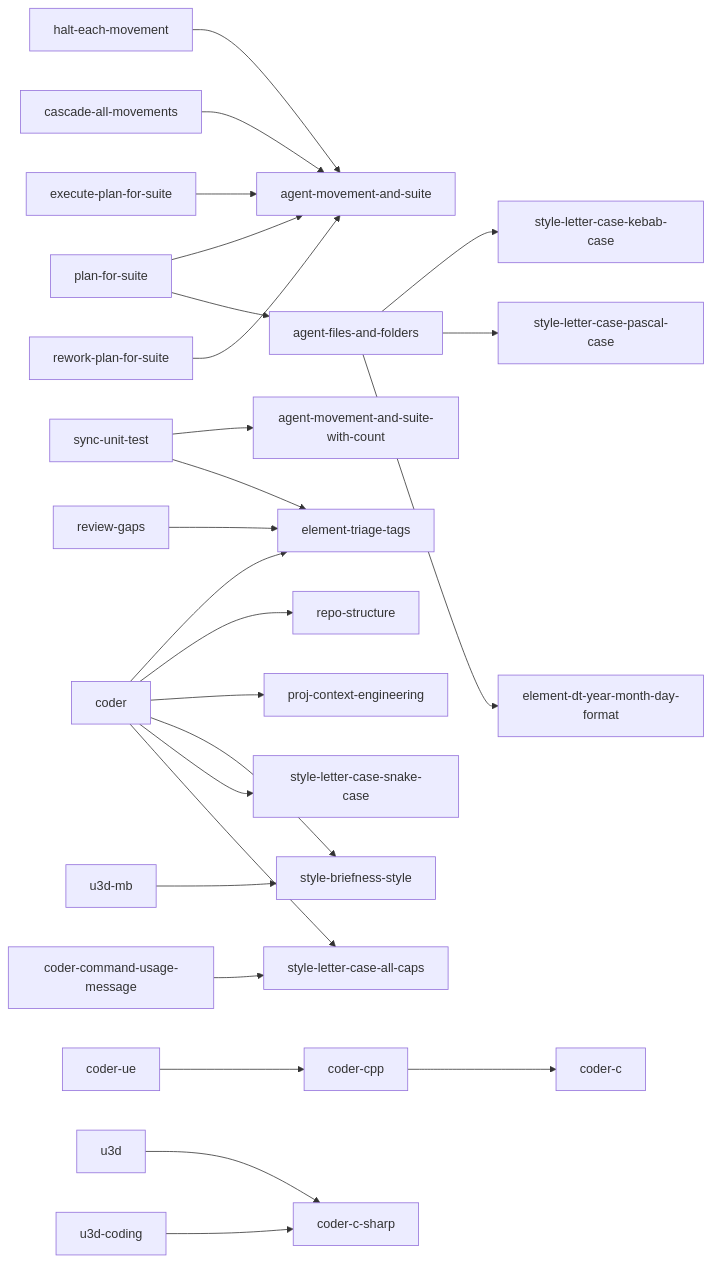
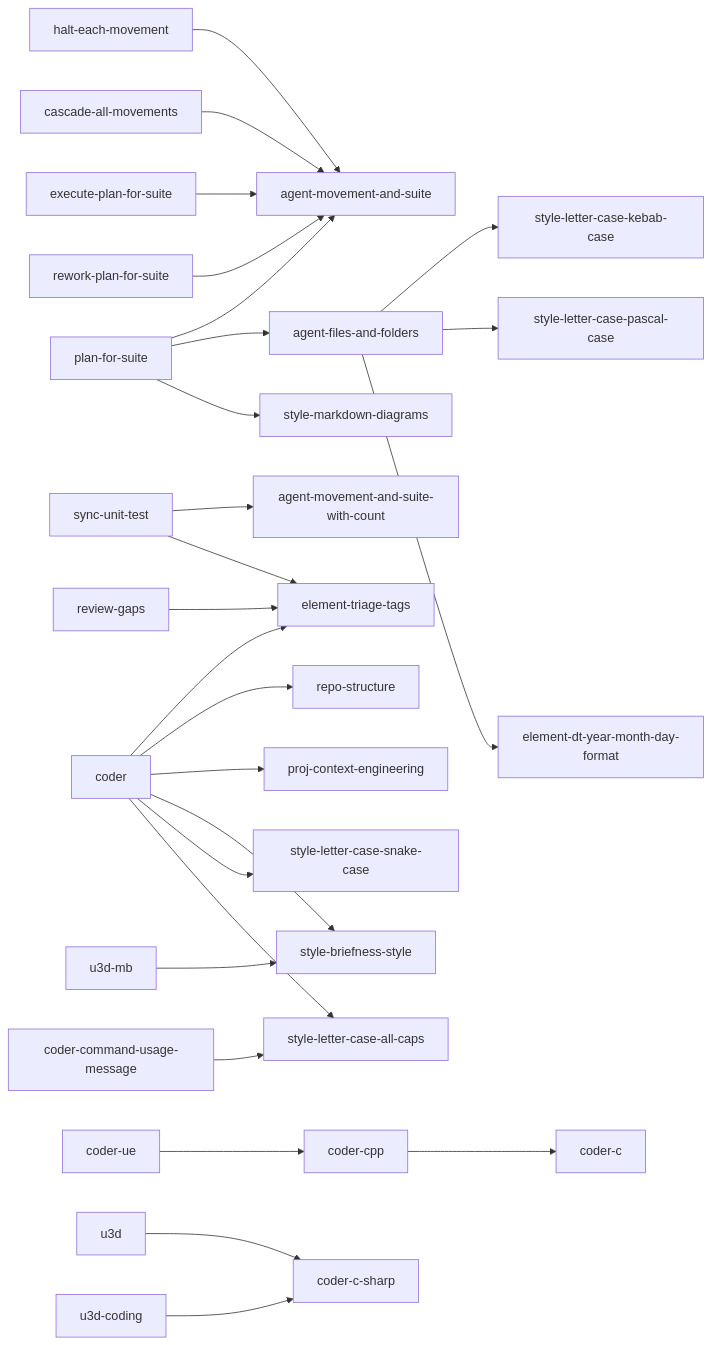
The first of 10 diagrams in docs/blueprint-doc.md (kami-lel/kaye-library), drawn with Mermaid before and after one commit. The commit also changed 5 other files, not shown here.

First line of the commit message:
plan Voices in Bar 3: Decisions block, Order graph, optional branch mvmts

````diff
--- a/docs/blueprint-doc.md
+++ b/docs/blueprint-doc.md
@@ -11,27 +11,28 @@
 ```mermaid
 flowchart LR
     halt_each_movement["halt-each-movement"] --> agent_movement_and_suite["agent-movement-and-suite"]
     cascade_all_movements["cascade-all-movements"] --> agent_movement_and_suite
     plan_for_suite["plan-for-suite"] --> agent_movement_and_suite
     execute_plan_for_suite["execute-plan-for-suite"] --> agent_movement_and_suite
     rework_plan_for_suite["rework-plan-for-suite"] --> agent_movement_and_suite
     sync_unit_test["sync-unit-test"] --> agent_movement_and_suite_with_count["agent-movement-and-suite-with-count"]
     plan_for_suite --> agent_files_and_folders["agent-files-and-folders"]
+    plan_for_suite --> style_markdown_diagrams["style-markdown-diagrams"]
     agent_files_and_folders --> style_letter_case_kebab_case["style-letter-case-kebab-case"]
     agent_files_and_folders --> style_letter_case_pascal_case["style-letter-case-pascal-case"]
     agent_files_and_folders --> element_dt_year_month_day_format["element-dt-year-month-day-format"]
     sync_unit_test --> element_triage_tags["element-triage-tags"]
     review_gaps["review-gaps"] --> element_triage_tags
     coder --> element_triage_tags
     coder --> repo_structure["repo-structure"]
     coder --> proj_context_engineering["proj-context-engineering"]
     coder --> style_briefness_style["style-briefness-style"]
     coder --> style_letter_case_snake_case["style-letter-case-snake-case"]
     coder --> style_letter_case_all_caps["style-letter-case-all-caps"]
     coder_command_usage_message["coder-command-usage-message"] --> style_letter_case_all_caps
     coder_cpp["coder-cpp"] --> coder_c["coder-c"]
     coder_ue["coder-ue"] --> coder_cpp
     u3d --> coder_c_sharp["coder-c-sharp"]
     u3d_coding["u3d-coding"] --> coder_c_sharp
     u3d_mb["u3d-mb"] --> style_briefness_style
 ```
````
